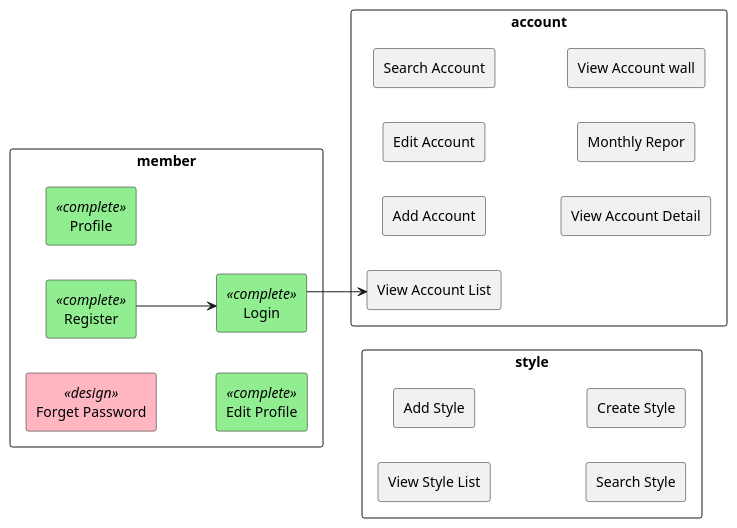
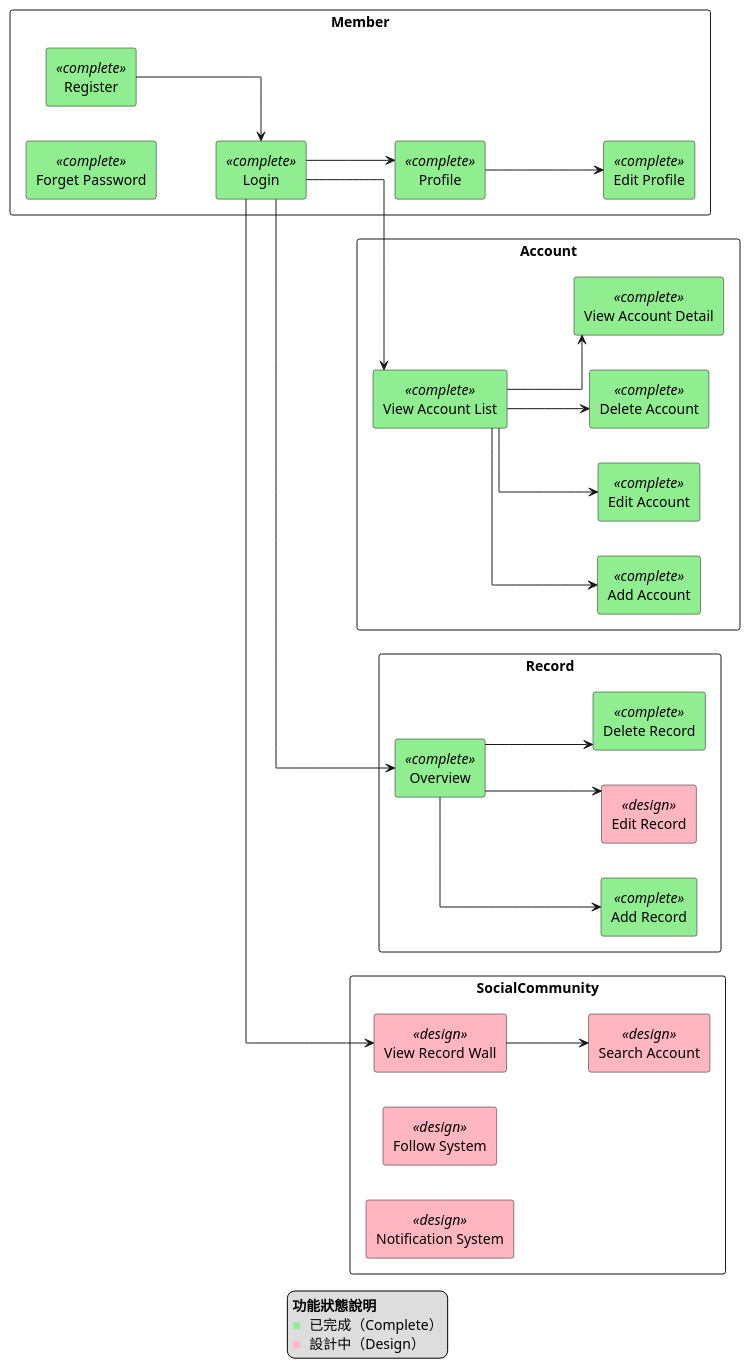
The diagram in src/main/java/com/example/demo/docs/functional-map.puml (honeykokia/community-springboot), drawn with PlantUML before and after one commit. The commit also changed 19 other files, not shown here.

Commit message:
wait debug edit record

```diff
--- a/src/main/java/com/example/demo/docs/functional-map.puml
+++ b/src/main/java/com/example/demo/docs/functional-map.puml
@@ -1,36 +1,61 @@
 @startuml
 left to right direction
 skinparam rectangle {
     BackgroundColor<<design>> LightPink
     BackgroundColor<<complete>> LightGreen
 }
 skinparam Linetype ortho
 skinparam packageStyle rectangle
-package member{
+package Member{
     rectangle "Login" <<complete>> as login
     rectangle "Register" <<complete>> as register
-    rectangle "Forget Password" <<design>> as forgetPw
+    rectangle "Forget Password" <<complete>> as forgetPw
     rectangle "Profile" <<complete>> as userProfile
     rectangle "Edit Profile" <<complete>> as editProfile
 }
 
-package account{
-    rectangle "View Account List" as viewAccountList
-    rectangle "Add Account" as addAccount
-    rectangle "Edit Account" as editAccount
-    rectangle "Search Account" as searchAccount
-    rectangle "View Account Detail" as viewAccountDetail
-    rectangle "Monthly Repor" as byMonth
-    rectangle "View Account wall" as viewAccountWall
+package Account{
+    rectangle "View Account List" <<complete>> as viewAccountList
+    rectangle "Add Account" <<complete>> as addAccount
+    rectangle "Edit Account" <<complete>> as editAccount
+    rectangle "Delete Account" <<complete>> as deleteAccount
+    rectangle "View Account Detail" <<complete>> as viewAccountDetail
 }
 
-package style{
-    rectangle "View Style List" as viewStyleList
-    rectangle "Add Style" as addStyle
-    rectangle "Search Style" as searchStyle
-    rectangle "Create Style" as createStyle
+package Record{
+    rectangle "Overview" <<complete>> as overview
+    rectangle "Add Record" <<complete>> as addRecord
+    rectangle "Edit Record" <<design>> as editRecord
+    rectangle "Delete Record" <<complete>> as deleteRecord
+}
+
+package SocialCommunity{
+    rectangle "View Record Wall" <<design>> as viewRecordWall
+    rectangle "Search Account" <<design>> as searchAccount
+    rectangle "Follow System" <<design>> as followSystem
+    rectangle "Notification System" <<design>> as notificationSystem
 }
 
 register --> login
 login --> viewAccountList
+login --> userProfile
+login --> overview
+login --> viewRecordWall
+userProfile --> editProfile
+viewAccountList --> addAccount
+viewAccountList --> editAccount
+viewAccountList --> deleteAccount
+viewAccountList --> viewAccountDetail
+overview --> addRecord
+overview --> editRecord
+overview --> deleteRecord
+viewRecordWall --> searchAccount
+
+
+legend
+  <b>功能狀態說明</b>
+  <color:LightGreen>■</color> 已完成（Complete）
+  <color:LightPink>■</color> 設計中（Design）
+endlegend
+
 @enduml
```
